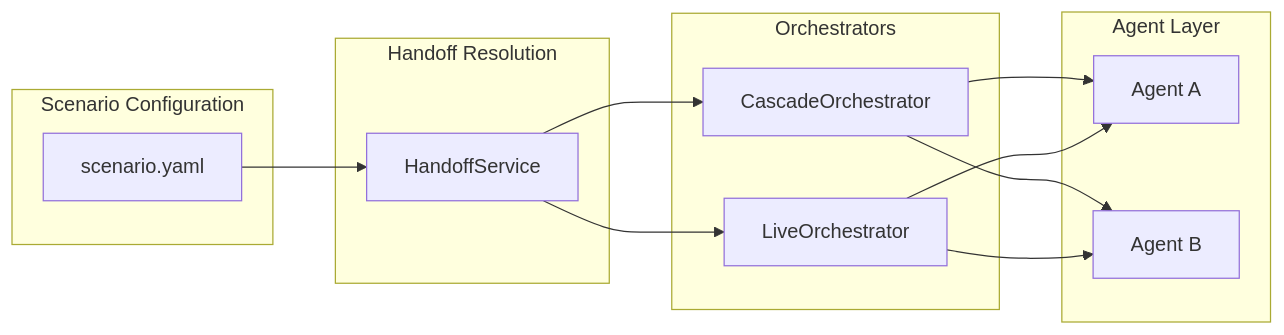
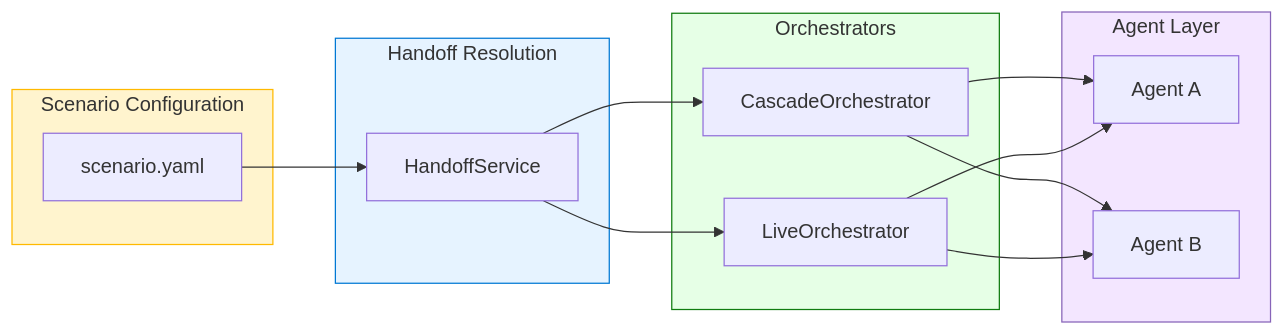
One commit to Azure-Samples/art-voice-agent-accelerator changed the first of 4 diagrams in docs/architecture/orchestration/README.md. Above: the diagram before and after it, drawn with Mermaid. The commit also changed other lines of this file and 62 other files, not shown here.

````diff
--- a/docs/architecture/orchestration/README.md
+++ b/docs/architecture/orchestration/README.md
@@ -31,28 +31,33 @@
 ```mermaid
 flowchart LR
-    subgraph Scenario["Scenario Configuration"]
+    subgraph Scenario[Scenario Configuration]
         S[scenario.yaml]
     end
     
-    subgraph Service["Handoff Resolution"]
+    subgraph Service[Handoff Resolution]
         HS[HandoffService]
     end
     
-    subgraph Orchestrators["Orchestrators"]
+    subgraph Orchestrators[Orchestrators]
         CO[CascadeOrchestrator]
         LO[LiveOrchestrator]
     end
     
-    subgraph Agents["Agent Layer"]
+    subgraph Agents[Agent Layer]
         A1[Agent A]
         A2[Agent B]
     end
     
     S --> HS
     HS --> CO
     HS --> LO
     CO --> A1
     CO --> A2
     LO --> A1
     LO --> A2
+    
+    style Scenario fill:#FFF4CE,stroke:#FFB900
+    style Service fill:#E6F3FF,stroke:#0078D4
+    style Orchestrators fill:#E6FFE6,stroke:#107C10
+    style Agents fill:#F3E6FF,stroke:#8764B8
 ```
````
